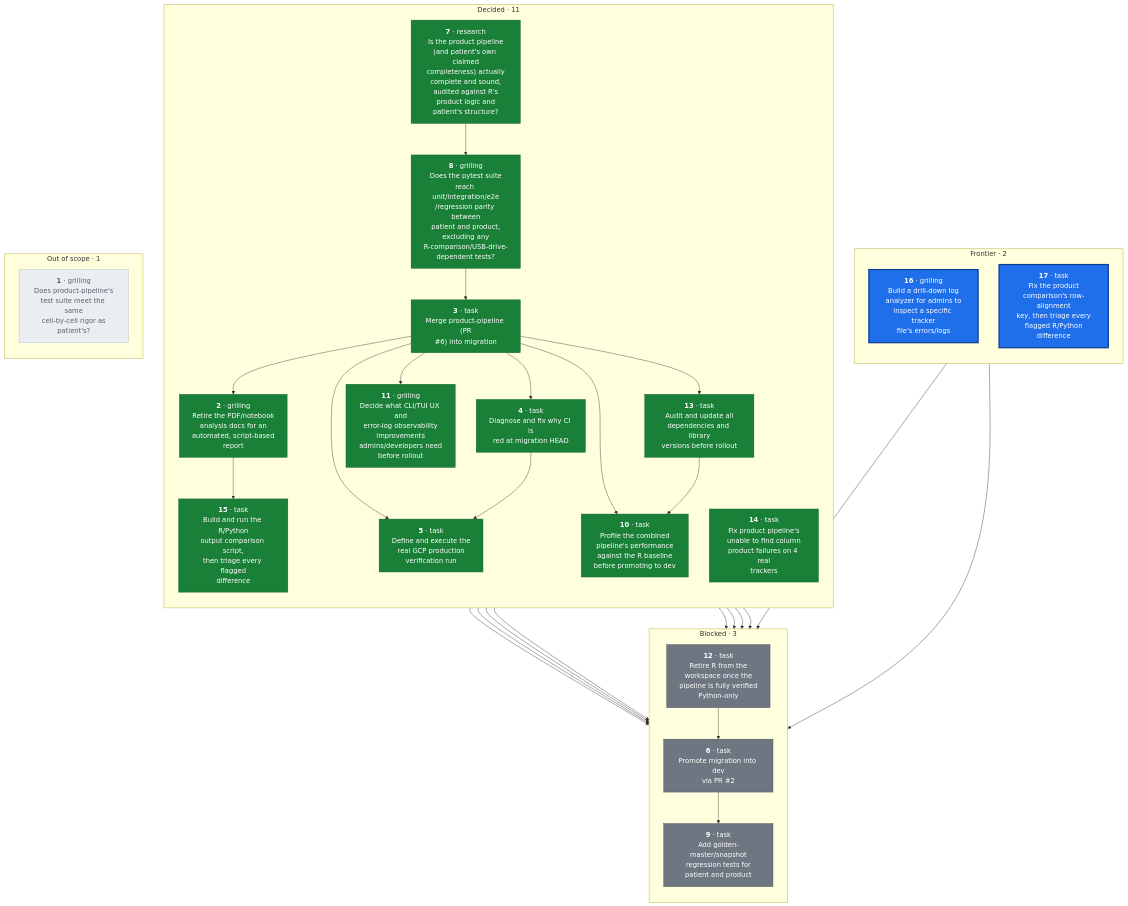
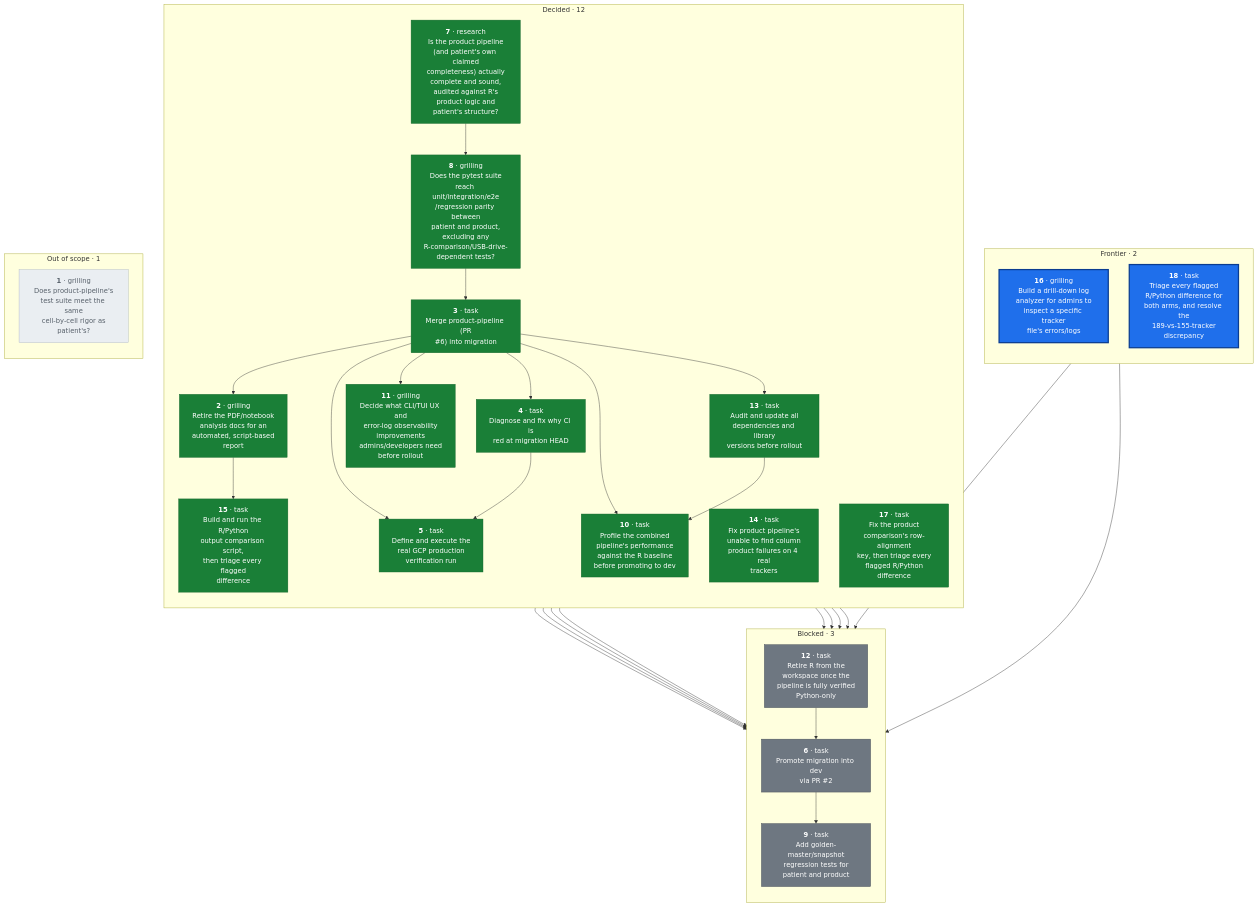
One commit to CorrelAid/a4d changed the diagram in docs/wayfinder/graph.mmd. Above: the diagram before and after it, drawn with Mermaid. The commit also changed 8 other files, not shown here.

First line of the commit message:
Close ticket 17 (product row-alignment key fix), spawn ticket 18 for triage

```diff
--- a/docs/wayfinder/graph.mmd
+++ b/docs/wayfinder/graph.mmd
@@ -1,63 +1,64 @@
 flowchart TD
   subgraph FRONTIER["Frontier · 2"]
     direction TB
     T16["<b>16</b> · grilling<br/>Build a drill-down log<br/>analyzer for admins to<br/>inspect a specific tracker<br/>file's errors/logs"]
-    T17["<b>17</b> · task<br/>Fix the product<br/>comparison's row-alignment<br/>key, then triage every<br/>flagged R/Python<br/>difference"]
+    T18["<b>18</b> · task<br/>Triage every flagged<br/>R/Python difference for<br/>both arms, and resolve the<br/>189-vs-155-tracker<br/>discrepancy"]
   end
   subgraph BLOCKED["Blocked · 3"]
     direction TB
     T6["<b>6</b> · task<br/>Promote migration into dev<br/>via PR #2"]
     T9["<b>9</b> · task<br/>Add golden-master/snapshot<br/>regression tests for<br/>patient and product"]
     T12["<b>12</b> · task<br/>Retire R from the<br/>workspace once the<br/>pipeline is fully verified<br/>Python-only"]
   end
-  subgraph DECIDED["Decided · 11"]
+  subgraph DECIDED["Decided · 12"]
     direction TB
     T2["<b>2</b> · grilling<br/>Retire the PDF/notebook<br/>analysis docs for an<br/>automated, script-based<br/>report"]
     T3["<b>3</b> · task<br/>Merge product-pipeline (PR<br/>#6) into migration"]
     T4["<b>4</b> · task<br/>Diagnose and fix why CI is<br/>red at migration HEAD"]
     T5["<b>5</b> · task<br/>Define and execute the<br/>real GCP production<br/>verification run"]
     T7["<b>7</b> · research<br/>Is the product pipeline<br/>(and patient's own claimed<br/>completeness) actually<br/>complete and sound,<br/>audited against R's<br/>product logic and<br/>patient's structure?"]
     T8["<b>8</b> · grilling<br/>Does the pytest suite<br/>reach unit/integration/e2e<br/>/regression parity between<br/>patient and product,<br/>excluding any<br/>R-comparison/USB-drive-<br/>dependent tests?"]
     T10["<b>10</b> · task<br/>Profile the combined<br/>pipeline's performance<br/>against the R baseline<br/>before promoting to dev"]
     T11["<b>11</b> · grilling<br/>Decide what CLI/TUI UX and<br/>error-log observability<br/>improvements<br/>admins/developers need<br/>before rollout"]
     T13["<b>13</b> · task<br/>Audit and update all<br/>dependencies and library<br/>versions before rollout"]
     T14["<b>14</b> · task<br/>Fix product pipeline's<br/>unable to find column<br/>product failures on 4 real<br/>trackers"]
     T15["<b>15</b> · task<br/>Build and run the R/Python<br/>output comparison script,<br/>then triage every flagged<br/>difference"]
+    T17["<b>17</b> · task<br/>Fix the product<br/>comparison's row-alignment<br/>key, then triage every<br/>flagged R/Python<br/>difference"]
   end
   subgraph DROPPED["Out of scope · 1"]
     direction TB
     T1["<b>1</b> · grilling<br/>Does product-pipeline's<br/>test suite meet the same<br/>cell-by-cell rigor as<br/>patient's?"]
   end
 
   T2 --> T15
   T3 --> T2
   T3 --> T4
   T3 --> T5
   T3 --> T6
   T3 --> T10
   T3 --> T11
   T3 --> T13
   T4 --> T5
   T4 --> T6
   T5 --> T6
   T6 --> T9
   T7 --> T8
   T8 --> T3
   T8 --> T6
   T10 --> T6
   T11 --> T6
   T12 --> T6
   T13 --> T6
   T13 --> T10
   T14 --> T6
-  T17 --> T6
-  T17 --> T12
+  T18 --> T6
+  T18 --> T12
 
   classDef frontier fill:#1f6feb,stroke:#0b3d91,stroke-width:3px,color:#ffffff
-  class T16,T17 frontier
+  class T16,T18 frontier
   classDef blocked fill:#6e7781,stroke:#424a53,stroke-width:1px,color:#ffffff
   class T6,T9,T12 blocked
   classDef decided fill:#1a7f37,stroke:#116329,stroke-width:1px,color:#ffffff
-  class T2,T3,T4,T5,T7,T8,T10,T11,T13,T14,T15 decided
+  class T2,T3,T4,T5,T7,T8,T10,T11,T13,T14,T15,T17 decided
   classDef dropped fill:#eaeef2,stroke:#afb8c1,stroke-width:1px,color:#57606a
   class T1 dropped
```
